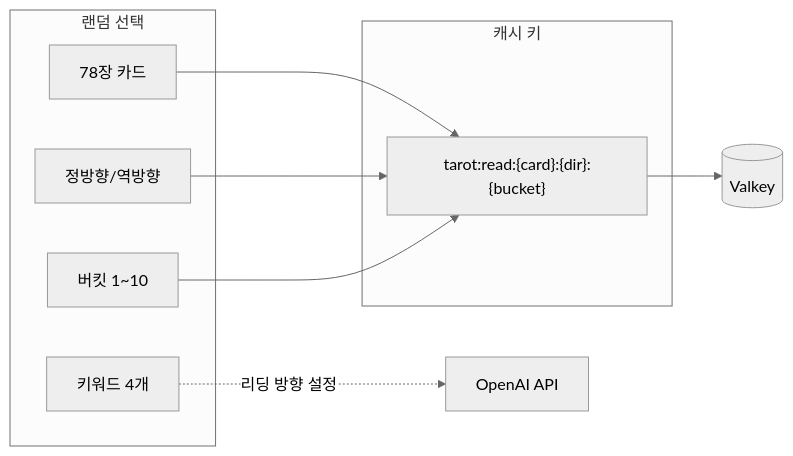
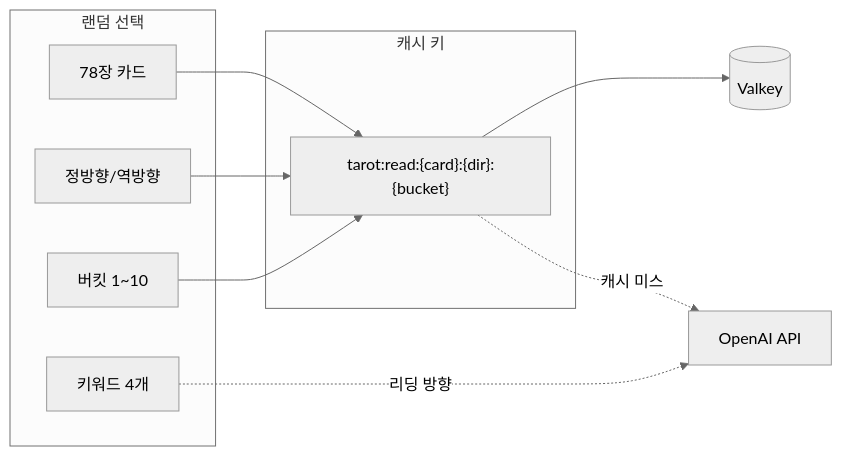
The first of 3 diagrams in src/content/blog/ko/tarot-deep-dive.md (mandacode-labs/mandacode-devs), drawn with Mermaid (neutral theme) before and after one commit. The commit also changed other lines of this file and 1 other file, not shown here.

First line of the commit message:
refactor: remove custom mermaid colors, use default theme

````diff
--- a/src/content/blog/ko/tarot-deep-dive.md
+++ b/src/content/blog/ko/tarot-deep-dive.md
@@ -32,19 +31,22 @@
 ```mermaid
 flowchart LR
-    subgraph "랜덤 선택"
+    subgraph RandomSelect["랜덤 선택"]
         Card[78장 카드]
         Dir[정방향/역방향]
         Bucket[버킷 1~10]
         Keywords[키워드 4개]
     end
-
-    subgraph "캐시 키"
+    
+    subgraph CacheKey["캐시 키"]
         Key["tarot:read:{card}:{dir}:{bucket}"]
     end
-
+    
     Card --> Key
     Dir --> Key
     Bucket --> Key
+    
     Key --> Valkey[(Valkey)]
-    Keywords -.->|리딩 방향 설정| OpenAI[OpenAI API]
+    Key -.->|캐시 미스| OpenAI[OpenAI API]
+    Keywords -.->|리딩 방향| OpenAI
+
 ```
````
